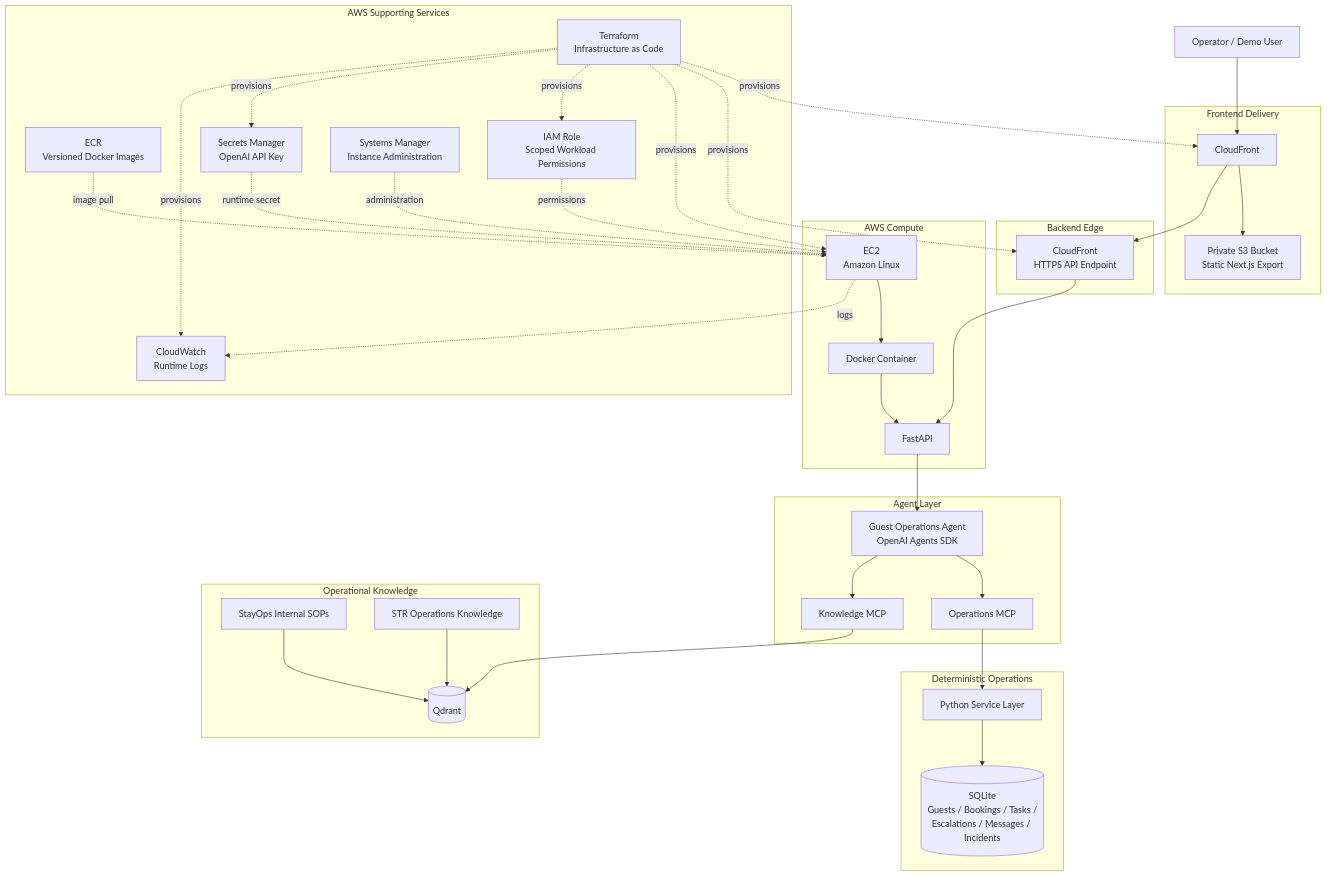
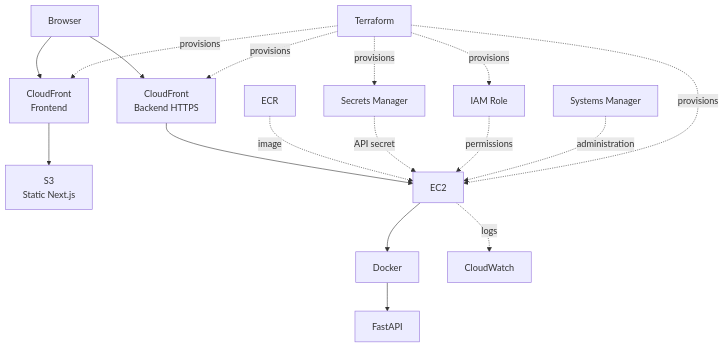
One commit to penzen/stayops-ai changed the fifth of 5 diagrams in assets/architecture.md. Above: the diagram before and after it, drawn with Mermaid. The commit also changed other lines of this file and 1 other file, not shown here.

Commit message:
docs: finalize StayOps V3 architecture

````diff
--- a/assets/architecture.md
+++ b/assets/architecture.md
@@ -3,76 +864,42 @@
 ```mermaid
 flowchart TB
-    User["Operator / Demo User"]
 
-    subgraph Frontend["Frontend Delivery"]
-        CF_UI["CloudFront"]
-        S3["Private S3 Bucket<br/>Static Next.js Export"]
-        CF_UI --> S3
-    end
+    User["Browser"]
 
-    subgraph BackendEdge["Backend Edge"]
-        CF_API["CloudFront<br/>HTTPS API Endpoint"]
-    end
+    CFUI["CloudFront<br/>Frontend"]
+    S3["S3<br/>Static Next.js"]
 
-    subgraph Compute["AWS Compute"]
-        EC2["EC2<br/>Amazon Linux"]
-        Docker["Docker Container"]
-        API["FastAPI"]
+    CFAPI["CloudFront<br/>Backend HTTPS"]
 
-        EC2 --> Docker
-        Docker --> API
-    end
+    EC2["EC2"]
+    Docker["Docker"]
+    FastAPI["FastAPI"]
 
-    subgraph AgentLayer["Agent Layer"]
-        Agent["Guest Operations Agent<br/>OpenAI Agents SDK"]
-        OpsMCP["Operations MCP"]
-        KnowledgeMCP["Knowledge MCP"]
+    ECR["ECR"]
+    Secrets["Secrets Manager"]
+    IAM["IAM Role"]
+    CW["CloudWatch"]
+    SSM["Systems Manager"]
+    Terraform["Terraform"]
 
-        Agent --> OpsMCP
-        Agent --> KnowledgeMCP
-    end
+    User --> CFUI
+    CFUI --> S3
 
-    subgraph Deterministic["Deterministic Operations"]
-        Services["Python Service Layer"]
-        SQLite[("SQLite<br/>Guests / Bookings / Tasks /<br/>Escalations / Messages / Incidents")]
+    User --> CFAPI
+    CFAPI --> EC2
 
-        OpsMCP --> Services
-        Services --> SQLite
-    end
+    EC2 --> Docker
+    Docker --> FastAPI
 
-    subgraph Retrieval["Operational Knowledge"]
-        Qdrant[("Qdrant")]
-        SOP["StayOps Internal SOPs"]
-        STR["STR Operations Knowledge"]
-
-        KnowledgeMCP --> Qdrant
-        SOP --> Qdrant
-        STR --> Qdrant
-    end
-
-    subgraph AWSPlatform["AWS Supporting Services"]
-        ECR["ECR<br/>Versioned Docker Images"]
-        Secrets["Secrets Manager<br/>OpenAI API Key"]
-        IAM["IAM Role<br/>Scoped Workload Permissions"]
-        CW["CloudWatch<br/>Runtime Logs"]
-        SSM["Systems Manager<br/>Instance Administration"]
-        TF["Terraform<br/>Infrastructure as Code"]
-    end
-
-    User --> CF_UI
-    CF_UI --> CF_API
-    CF_API --> API
-    API --> Agent
-
-    ECR -. image pull .-> EC2
-    Secrets -. runtime secret .-> EC2
+    ECR -. image .-> EC2
+    Secrets -. API secret .-> EC2
     IAM -. permissions .-> EC2
     EC2 -. logs .-> CW
     SSM -. administration .-> EC2
-    TF -. provisions .-> CF_UI
-    TF -. provisions .-> CF_API
-    TF -. provisions .-> EC2
-    TF -. provisions .-> IAM
-    TF -. provisions .-> Secrets
-    TF -. provisions .-> CW
+
+    Terraform -. provisions .-> CFUI
+    Terraform -. provisions .-> CFAPI
+    Terraform -. provisions .-> EC2
+    Terraform -. provisions .-> IAM
+    Terraform -. provisions .-> Secrets
 ```
````
